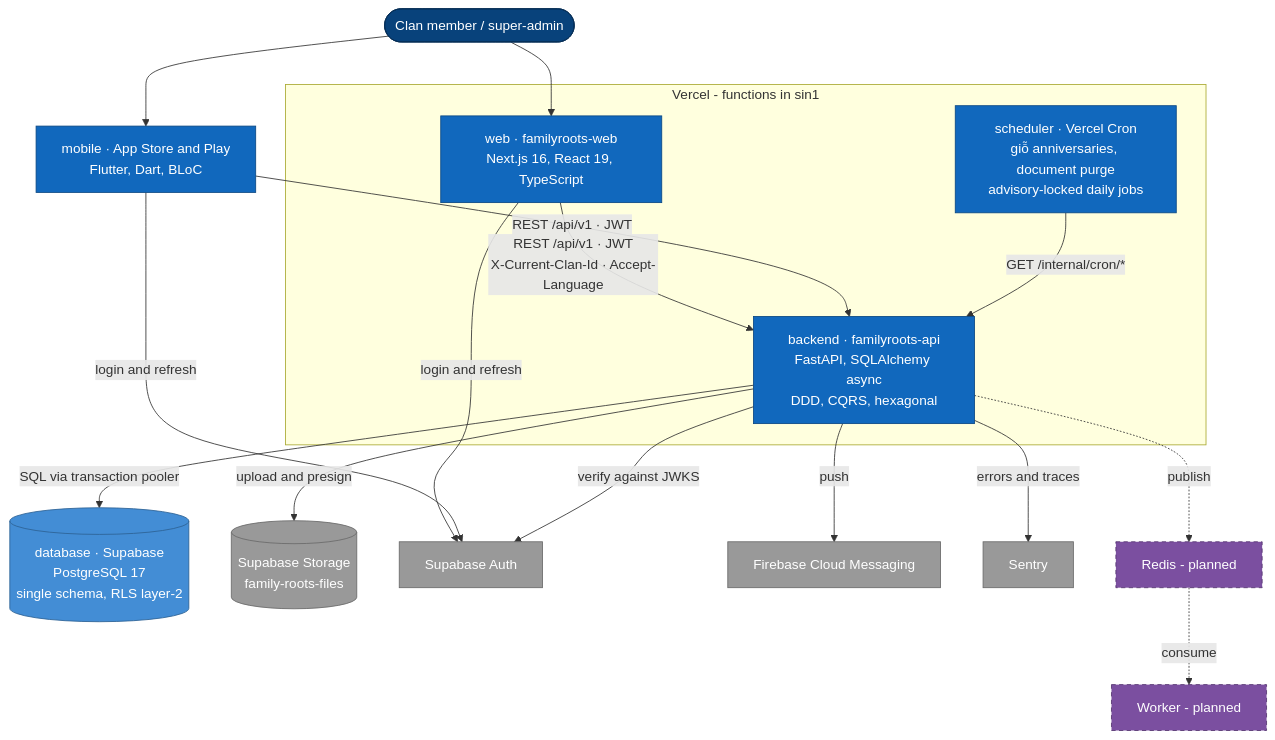
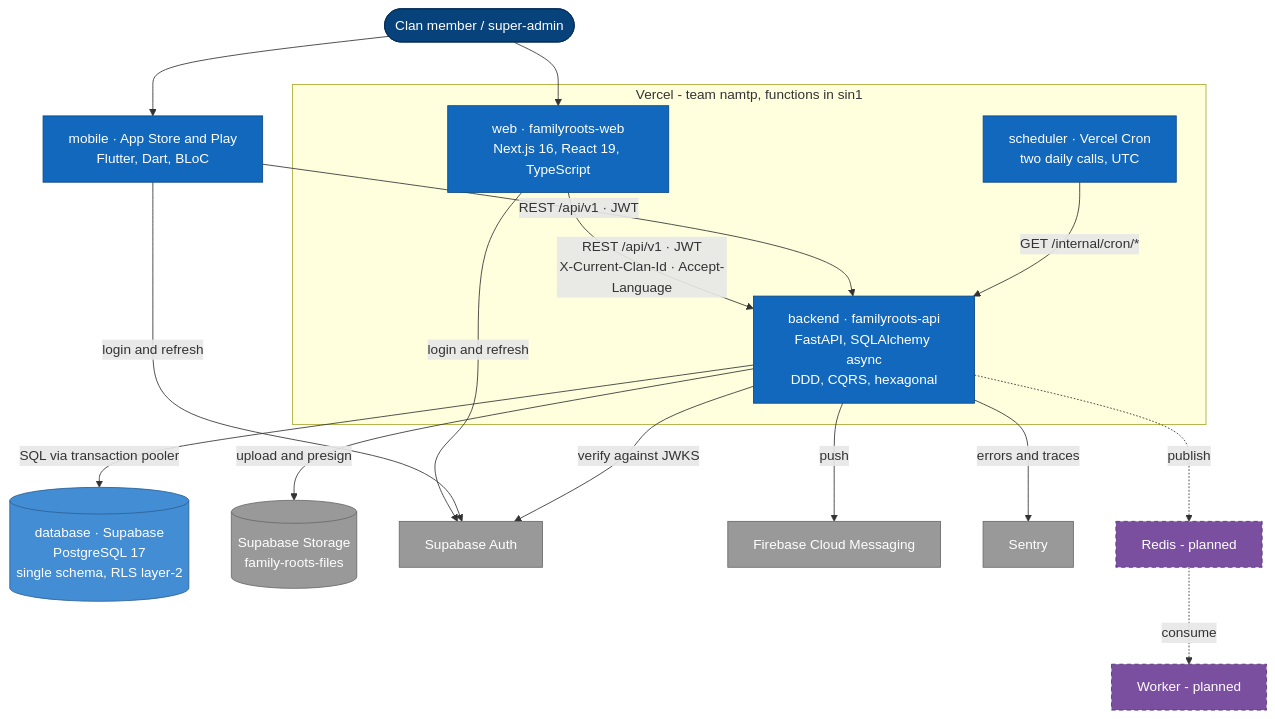
The first of 3 diagrams in docs/sad/05-building-block-view.md (namphuongtran/familyroots), drawn with Mermaid before and after one commit. The commit also changed other lines of this file and 7 other files, not shown here.

````diff
--- a/docs/sad/05-building-block-view.md
+++ b/docs/sad/05-building-block-view.md
@@ -5,41 +5,41 @@
 ```mermaid
 graph TB
   user([Clan member / super-admin]):::person
 
   mob[mobile · App Store and Play<br/>Flutter, Dart, BLoC]:::host
 
-  subgraph vercel[Vercel - functions in sin1]
+  subgraph vercel[Vercel - team namtp, functions in sin1]
     web[web · familyroots-web<br/>Next.js 16, React 19, TypeScript]:::host
     api[backend · familyroots-api<br/>FastAPI, SQLAlchemy async<br/>DDD, CQRS, hexagonal]:::host
-    sched[scheduler · Vercel Cron<br/>giỗ anniversaries, document purge<br/>advisory-locked daily jobs]:::host
+    sched[scheduler · Vercel Cron<br/>two daily calls, UTC]:::host
   end
 
   db[(database · Supabase<br/>PostgreSQL 17<br/>single schema, RLS layer-2)]:::store
   storage[(Supabase Storage<br/>family-roots-files)]:::ext
   auth[Supabase Auth]:::ext
   fcm[Firebase Cloud Messaging]:::ext
   sentry[Sentry]:::ext
   redis[Redis - planned]:::v2
   worker[Worker - planned]:::v2
 
   user --> web
   user --> mob
   web -->|REST /api/v1 · JWT<br/>X-Current-Clan-Id · Accept-Language| api
   mob -->|REST /api/v1 · JWT| api
   web -->|login and refresh| auth
   mob -->|login and refresh| auth
   api -->|verify against JWKS| auth
   api -->|SQL via transaction pooler| db
   sched -->|GET /internal/cron/*| api
   api -->|push| fcm
   api -->|upload and presign| storage
   api -->|errors and traces| sentry
   api -.->|publish| redis
   redis -.->|consume| worker
 
   classDef person fill:#08427b,stroke:#052e56,color:#ffffff
   classDef host fill:#1168bd,stroke:#0b4884,color:#ffffff
   classDef store fill:#438dd5,stroke:#2e6295,color:#ffffff
   classDef ext fill:#999999,stroke:#6b6b6b,color:#ffffff
   classDef v2 fill:#7b4fa0,stroke:#54356f,color:#ffffff,stroke-dasharray:5 4
 ```
````
